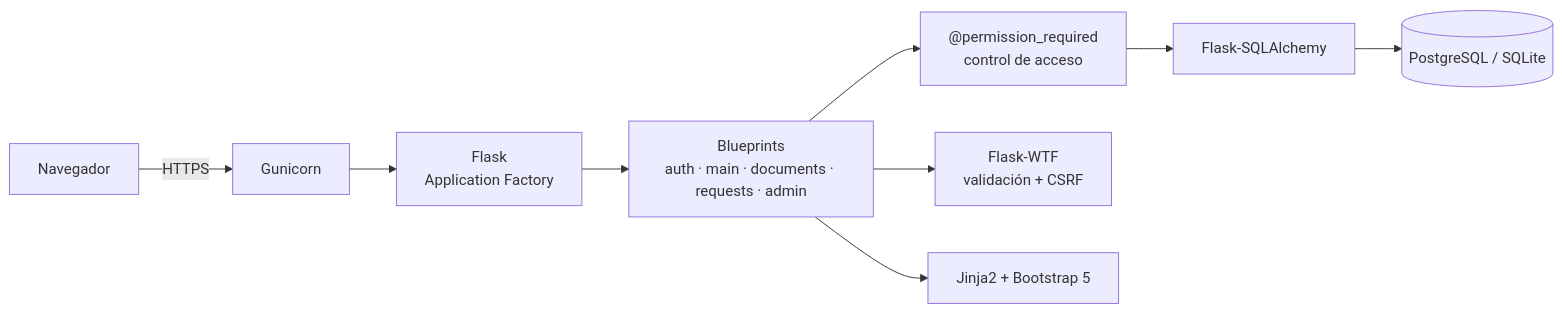
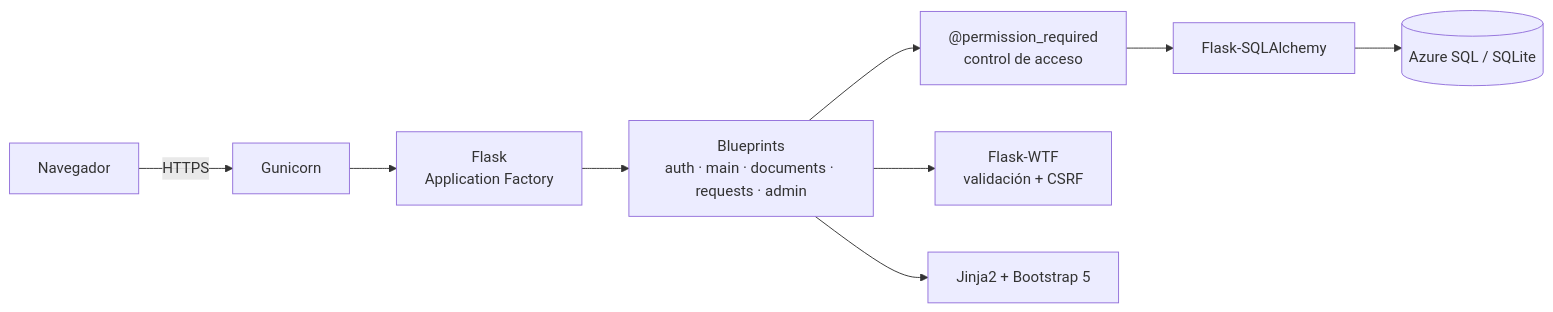
The first of 3 diagrams in README.md (AaronChavezMtz/nexo-intranet), drawn with Mermaid before and after one commit. The commit also changed other lines of this file and 2 other files, not shown here.

Commit message:
feat:Configuración de despliegue en Render con base de datos en Azure

````diff
--- a/README.md
+++ b/README.md
@@ -112,11 +112,11 @@
 ```mermaid
 flowchart LR
     A[Navegador] -->|HTTPS| B[Gunicorn]
     B --> C[Flask<br/>Application Factory]
     C --> D[Blueprints<br/>auth · main · documents · requests · admin]
     D --> E["@permission_required<br/>control de acceso"]
     E --> F[Flask-SQLAlchemy]
-    F --> G[(PostgreSQL / SQLite)]
+    F --> G[(Azure SQL / SQLite)]
     D --> H[Flask-WTF<br/>validación + CSRF]
     D --> I[Jinja2 + Bootstrap 5]
 ```
````
